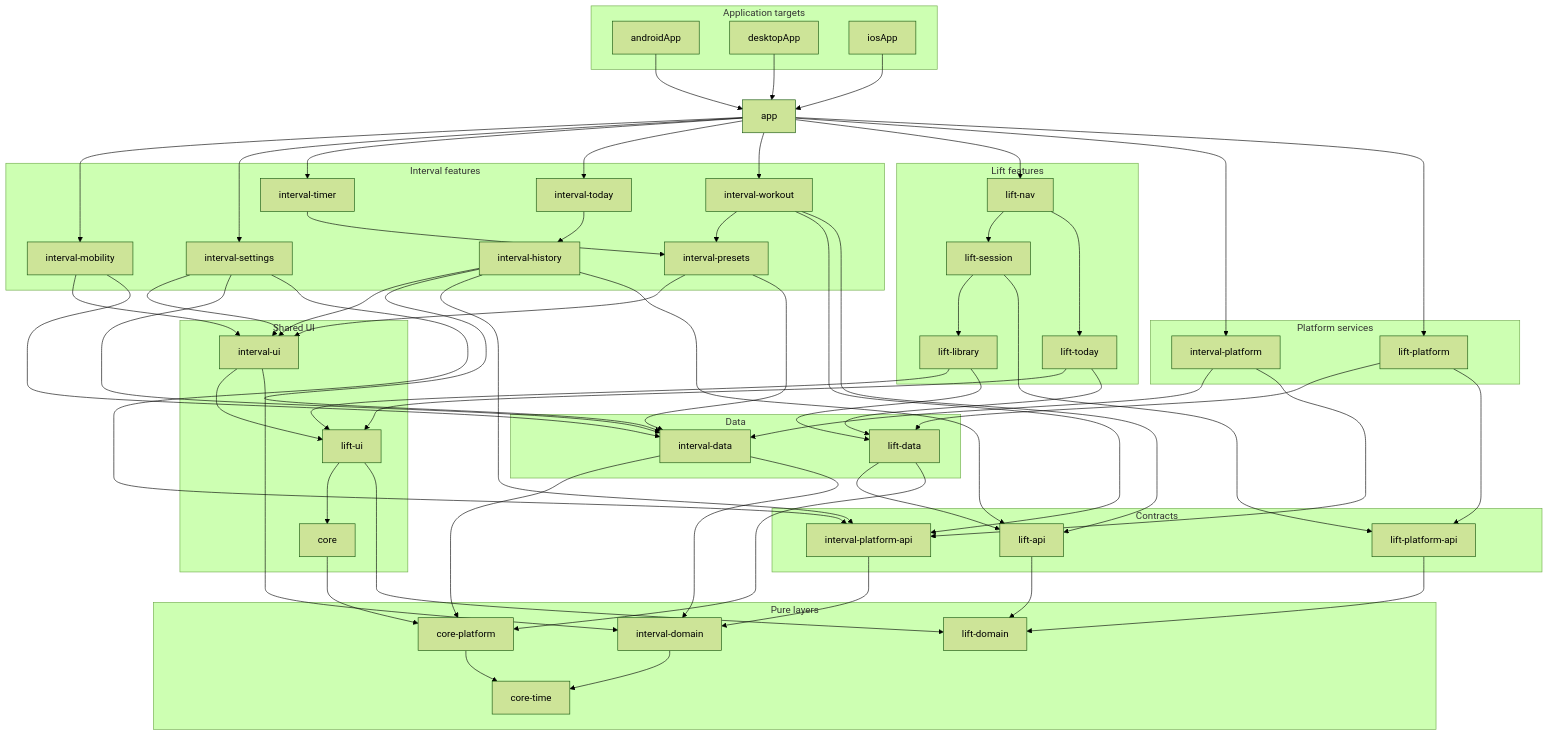
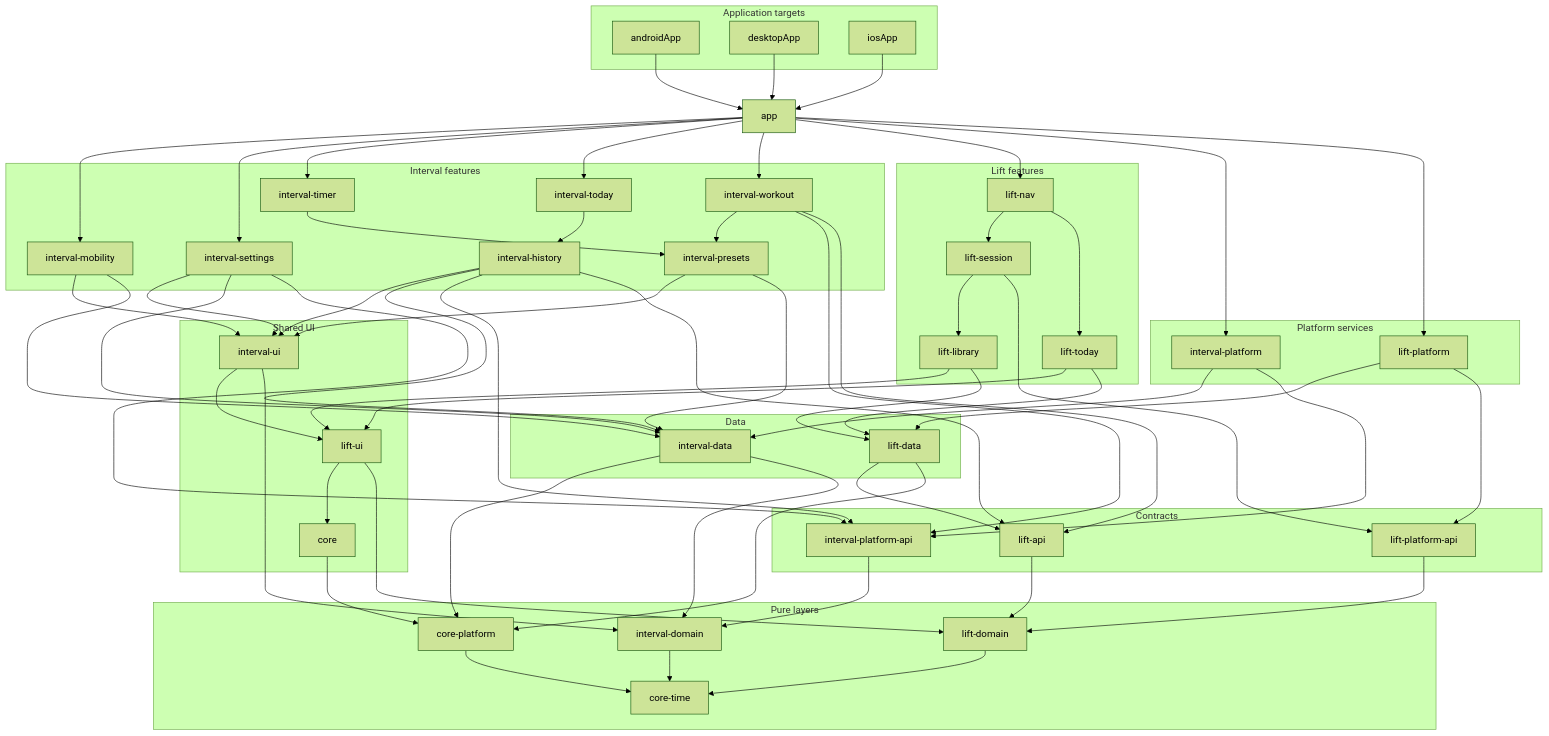
One commit to smithjustinn84-netizen/interval changed the first of 2 diagrams in docs/architecture.md. Above: the diagram before and after it, drawn with Mermaid (forest theme). The commit also changed 68 other files, not shown here.

````diff
--- a/docs/architecture.md
+++ b/docs/architecture.md
@@ -139,4 +139,5 @@
 
     corePlatform --> coreTime
     intervalDomain --> coreTime
+    liftDomain --> coreTime
 ```
````
